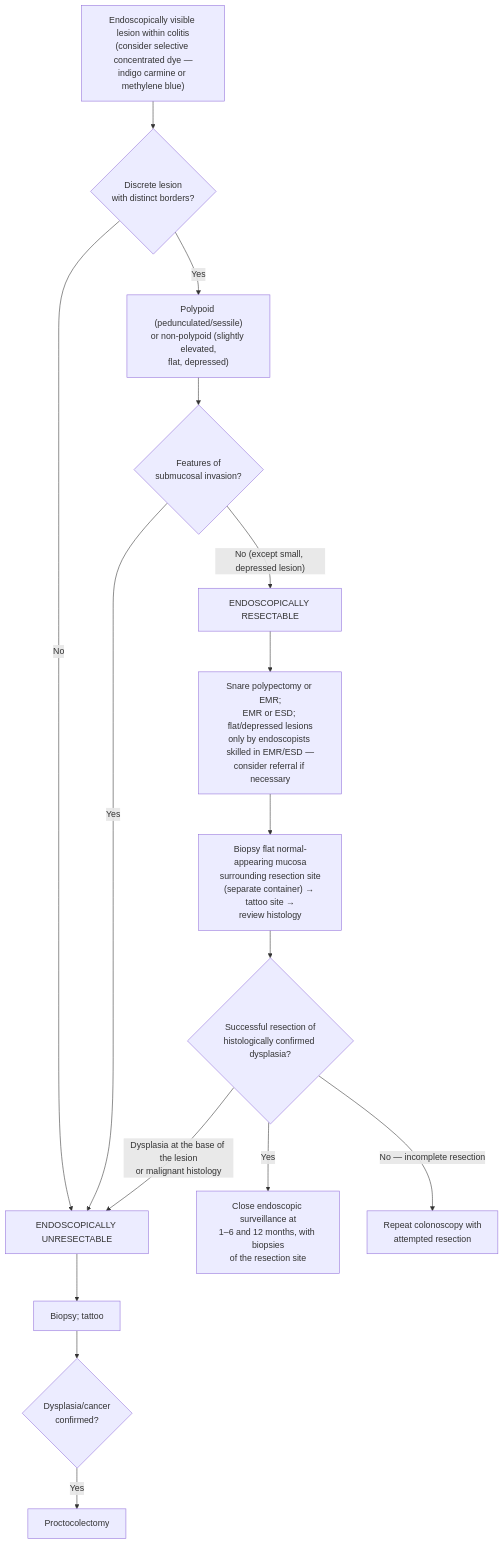
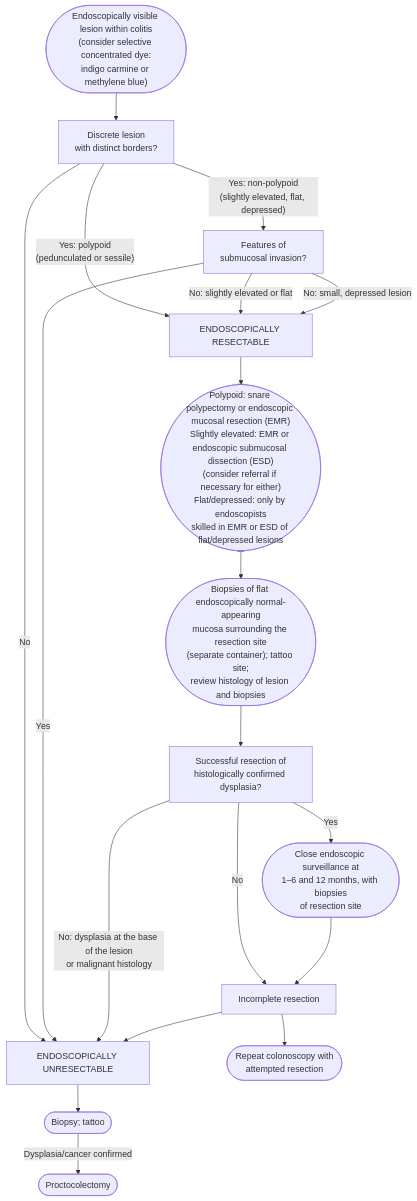
The diagram in KHNL-GI-Wiki/wiki/sources/asge-2015-ibd.md (KHNickLeMD/KHNL-GI-Wiki), drawn with Mermaid before and after one commit. The commit also changed other lines of this file and 21 other files, not shown here.

````diff
--- a/KHNL-GI-Wiki/wiki/sources/asge-2015-ibd.md
+++ b/KHNL-GI-Wiki/wiki/sources/asge-2015-ibd.md
@@ -143,16 +144,24 @@
 ```mermaid
 flowchart TD
-    A["Endoscopically visible lesion within colitis<br/>(consider selective concentrated dye —<br/>indigo carmine or methylene blue)"] --> B{"Discrete lesion<br/>with distinct borders?"}
-    B -->|No| U["ENDOSCOPICALLY UNRESECTABLE"]
-    B -->|Yes| C["Polypoid (pedunculated/sessile)<br/>or non-polypoid (slightly elevated,<br/>flat, depressed)"]
-    C --> D{"Features of<br/>submucosal invasion?"}
-    D -->|Yes| U
-    D -->|"No (except small, depressed lesion)"| R["ENDOSCOPICALLY RESECTABLE"]
-    R --> S["Snare polypectomy or EMR;<br/>EMR or ESD; flat/depressed lesions<br/>only by endoscopists skilled in EMR/ESD —<br/>consider referral if necessary"]
-    S --> T["Biopsy flat normal-appearing mucosa<br/>surrounding resection site<br/>(separate container) → tattoo site →<br/>review histology"]
-    T --> V{"Successful resection of<br/>histologically confirmed dysplasia?"}
-    V -->|Yes| W["Close endoscopic surveillance at<br/>1–6 and 12 months, with biopsies<br/>of the resection site"]
-    V -->|"No — incomplete resection"| X["Repeat colonoscopy with<br/>attempted resection"]
-    V -->|"Dysplasia at the base of the lesion<br/>or malignant histology"| U
-    U --> Y["Biopsy; tattoo"] --> Z{"Dysplasia/cancer<br/>confirmed?"} -->|Yes| AA["Proctocolectomy"]
+    A(["Endoscopically visible lesion within colitis<br/>(consider selective concentrated dye:<br/>indigo carmine or methylene blue)"]) --> B["Discrete lesion<br/>with distinct borders?"]
+    B -- "No" --> U["ENDOSCOPICALLY UNRESECTABLE"]
+    B -- "Yes: polypoid<br/>(pedunculated or sessile)" --> R["ENDOSCOPICALLY RESECTABLE"]
+    B -- "Yes: non-polypoid<br/>(slightly elevated, flat, depressed)" --> D["Features of<br/>submucosal invasion?"]
+    D -- "Yes" --> U
+    D -- "No: slightly elevated or flat" --> R
+    D -- "No: small, depressed lesion" --> R
+    R --> S(["Polypoid: snare polypectomy or endoscopic mucosal resection (EMR)<br/>Slightly elevated: EMR or endoscopic submucosal dissection (ESD)<br/>(consider referral if necessary for either)<br/>Flat/depressed: only by endoscopists<br/>skilled in EMR or ESD of flat/depressed lesions"])
+    S --> T(["Biopsies of flat endoscopically normal-appearing<br/>mucosa surrounding the resection site<br/>(separate container); tattoo site;<br/>review histology of lesion and biopsies"])
+    T --> V["Successful resection of<br/>histologically confirmed dysplasia?"]
+    V -- "Yes" --> W(["Close endoscopic surveillance at<br/>1–6 and 12 months, with biopsies<br/>of resection site"])
+    V -- "No" --> I["Incomplete resection"]
+    V -- "No: dysplasia at the base of the lesion<br/>or malignant histology" --> U
+    W --> I
+    I --> X(["Repeat colonoscopy with<br/>attempted resection"])
+    I --> U
+    U --> Y(["Biopsy; tattoo"])
+    Y -- "Dysplasia/cancer confirmed" --> P(["Proctocolectomy"])
+    class A start
+    class B,D,V,I,U,R test
+    class S,T,W,X,Y,P act
 ```
````
